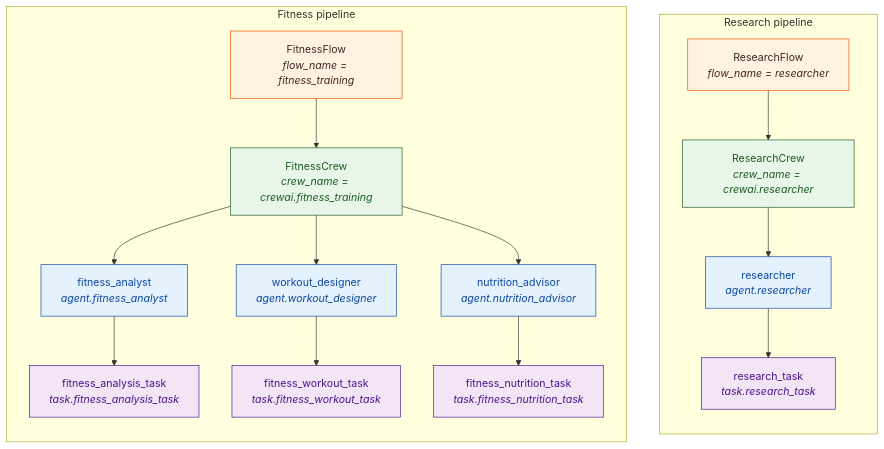
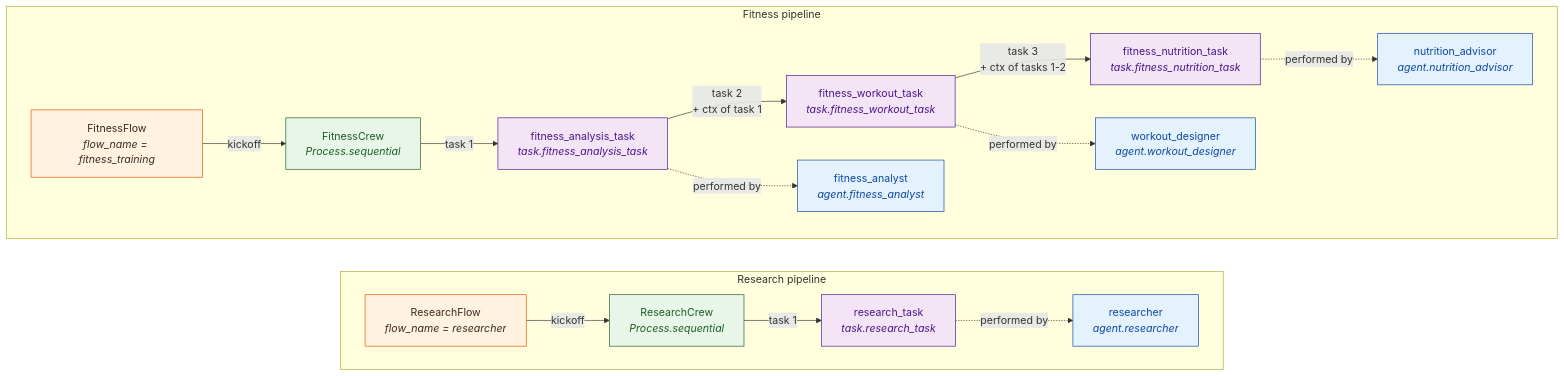
Before and after one commit to shengtong-design/langfuse-chat: the third of 4 diagrams in SYSTEM_OVERVIEW.md, drawn with Mermaid. The commit also changed other lines of this file and 1 other file, not shown here.

First line of the commit message:
§5.1 topology — show the task chain and task→agent performed-by edges

````diff
--- a/SYSTEM_OVERVIEW.md
+++ b/SYSTEM_OVERVIEW.md
@@ -465,37 +471,29 @@
 ```mermaid
-flowchart TB
+flowchart LR
     classDef flowNode fill:#fff3e0,stroke:#e65100,color:#3e2723;
     classDef crewNode fill:#e8f5e9,stroke:#1b5e20,color:#1b5e20;
     classDef agentNode fill:#e3f2fd,stroke:#0d47a1,color:#0d47a1;
     classDef taskNode fill:#f3e5f5,stroke:#4a148c,color:#4a148c;
 
     subgraph RP["Research pipeline"]
-        direction TB
-        RF["ResearchFlow<br/><i>flow_name = researcher</i>"]:::flowNode
-        RC["ResearchCrew<br/><i>crew_name = crewai.researcher</i>"]:::crewNode
+        direction LR
+        RF["ResearchFlow<br/><i>flow_name = researcher</i>"]:::flowNode -->|kickoff| RC["ResearchCrew<br/><i>Process.sequential</i>"]:::crewNode
+        RC -->|task 1| Rt["research_task<br/><i>task.research_task</i>"]:::taskNode
         Rr["researcher<br/><i>agent.researcher</i>"]:::agentNode
-        Rt["research_task<br/><i>task.research_task</i>"]:::taskNode
-        RF --> RC
-        RC --> Rr
-        Rr --> Rt
+        Rt -.performed by.-> Rr
     end
 
     subgraph FP["Fitness pipeline"]
-        direction TB
-        FF["FitnessFlow<br/><i>flow_name = fitness_training</i>"]:::flowNode
-        FC["FitnessCrew<br/><i>crew_name = crewai.fitness_training</i>"]:::crewNode
+        direction LR
+        FF["FitnessFlow<br/><i>flow_name = fitness_training</i>"]:::flowNode -->|kickoff| FC["FitnessCrew<br/><i>Process.sequential</i>"]:::crewNode
+        FC -->|task 1| Fat["fitness_analysis_task<br/><i>task.fitness_analysis_task</i>"]:::taskNode
+        Fat -->|task 2<br/>+ ctx of task 1| Fwt["fitness_workout_task<br/><i>task.fitness_workout_task</i>"]:::taskNode
+        Fwt -->|task 3<br/>+ ctx of tasks 1-2| Fnt["fitness_nutrition_task<br/><i>task.fitness_nutrition_task</i>"]:::taskNode
         Fa["fitness_analyst<br/><i>agent.fitness_analyst</i>"]:::agentNode
         Fw["workout_designer<br/><i>agent.workout_designer</i>"]:::agentNode
         Fn["nutrition_advisor<br/><i>agent.nutrition_advisor</i>"]:::agentNode
-        Fat["fitness_analysis_task<br/><i>task.fitness_analysis_task</i>"]:::taskNode
-        Fwt["fitness_workout_task<br/><i>task.fitness_workout_task</i>"]:::taskNode
-        Fnt["fitness_nutrition_task<br/><i>task.fitness_nutrition_task</i>"]:::taskNode
-        FF --> FC
-        FC --> Fa
-        FC --> Fw
-        FC --> Fn
-        Fa --> Fat
-        Fw --> Fwt
-        Fn --> Fnt
+        Fat -.performed by.-> Fa
+        Fwt -.performed by.-> Fw
+        Fnt -.performed by.-> Fn
     end
 ```
````
